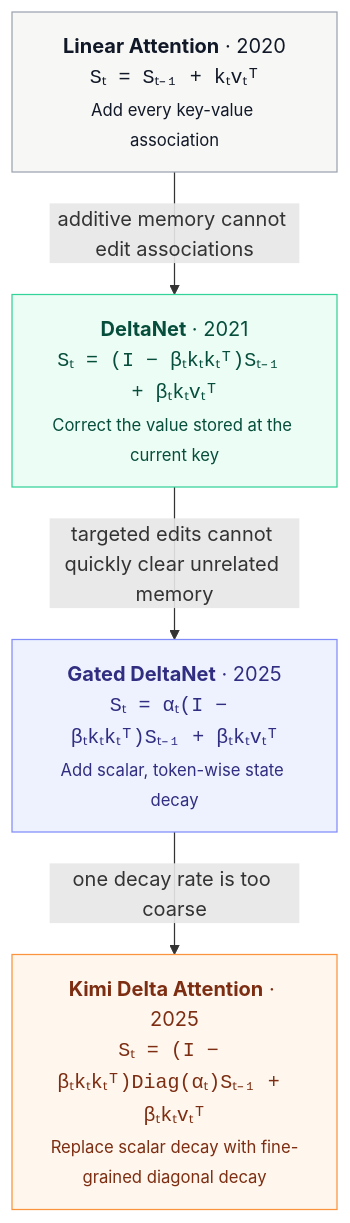
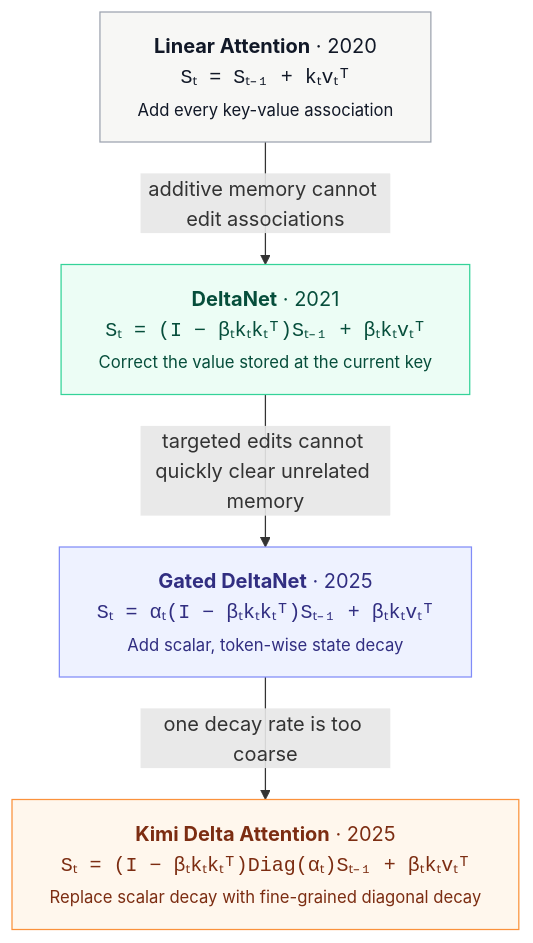
Before and after one commit to haohww/stateful-transformer: the diagram in README.md, drawn with Mermaid.

Commit message:
Keep diagram formulas on one line

````diff
--- a/README.md
+++ b/README.md
@@ -5,20 +5,21 @@
 ```mermaid
+%%{init: { "htmlLabels": true, "flowchart": { "wrappingWidth": 640 } } }%%
 flowchart TD
-    LA["<b>Linear Attention</b> · 2020<br/><code>Sₜ = Sₜ₋₁ + kₜvₜᵀ</code><br/><small>Add every key-value association</small>"]
-    DN["<b>DeltaNet</b> · 2021<br/><code>Sₜ = (I − βₜkₜkₜᵀ)Sₜ₋₁ + βₜkₜvₜᵀ</code><br/><small>Correct the value stored at the current key</small>"]
-    GDN["<b>Gated DeltaNet</b> · 2025<br/><code>Sₜ = αₜ(I − βₜkₜkₜᵀ)Sₜ₋₁ + βₜkₜvₜᵀ</code><br/><small>Add scalar, token-wise state decay</small>"]
-    KDA["<b>Kimi Delta Attention</b> · 2025<br/><code>Sₜ = (I − βₜkₜkₜᵀ)Diag(αₜ)Sₜ₋₁ + βₜkₜvₜᵀ</code><br/><small>Replace scalar decay with fine-grained diagonal decay</small>"]
+    LA["<b>Linear Attention</b> · 2020<br/><code>Sₜ&nbsp;=&nbsp;Sₜ₋₁&nbsp;+&nbsp;kₜvₜᵀ</code><br/><small>Add every key-value association</small>"]
+    DN["<b>DeltaNet</b> · 2021<br/><code>Sₜ&nbsp;=&nbsp;(I&nbsp;−&nbsp;βₜkₜkₜᵀ)Sₜ₋₁&nbsp;+&nbsp;βₜkₜvₜᵀ</code><br/><small>Correct the value stored at the current key</small>"]
+    GDN["<b>Gated DeltaNet</b> · 2025<br/><code>Sₜ&nbsp;=&nbsp;αₜ(I&nbsp;−&nbsp;βₜkₜkₜᵀ)Sₜ₋₁&nbsp;+&nbsp;βₜkₜvₜᵀ</code><br/><small>Add scalar, token-wise state decay</small>"]
+    KDA["<b>Kimi Delta Attention</b> · 2025<br/><code>Sₜ&nbsp;=&nbsp;(I&nbsp;−&nbsp;βₜkₜkₜᵀ)Diag(αₜ)Sₜ₋₁&nbsp;+&nbsp;βₜkₜvₜᵀ</code><br/><small>Replace scalar decay with fine-grained diagonal decay</small>"]
 
     LA -->|additive memory cannot edit associations| DN
     DN -->|targeted edits cannot quickly clear unrelated memory| GDN
     GDN -->|one decay rate is too coarse| KDA
 
     classDef linear fill:#f7f7f5,stroke:#9ca3af,color:#111827;
     classDef delta fill:#ecfdf5,stroke:#34d399,color:#064e3b;
     classDef gated fill:#eef2ff,stroke:#818cf8,color:#312e81;
     classDef kimi fill:#fff7ed,stroke:#fb923c,color:#7c2d12;
     class LA linear;
     class DN delta;
     class GDN gated;
     class KDA kimi;
 ```
````
